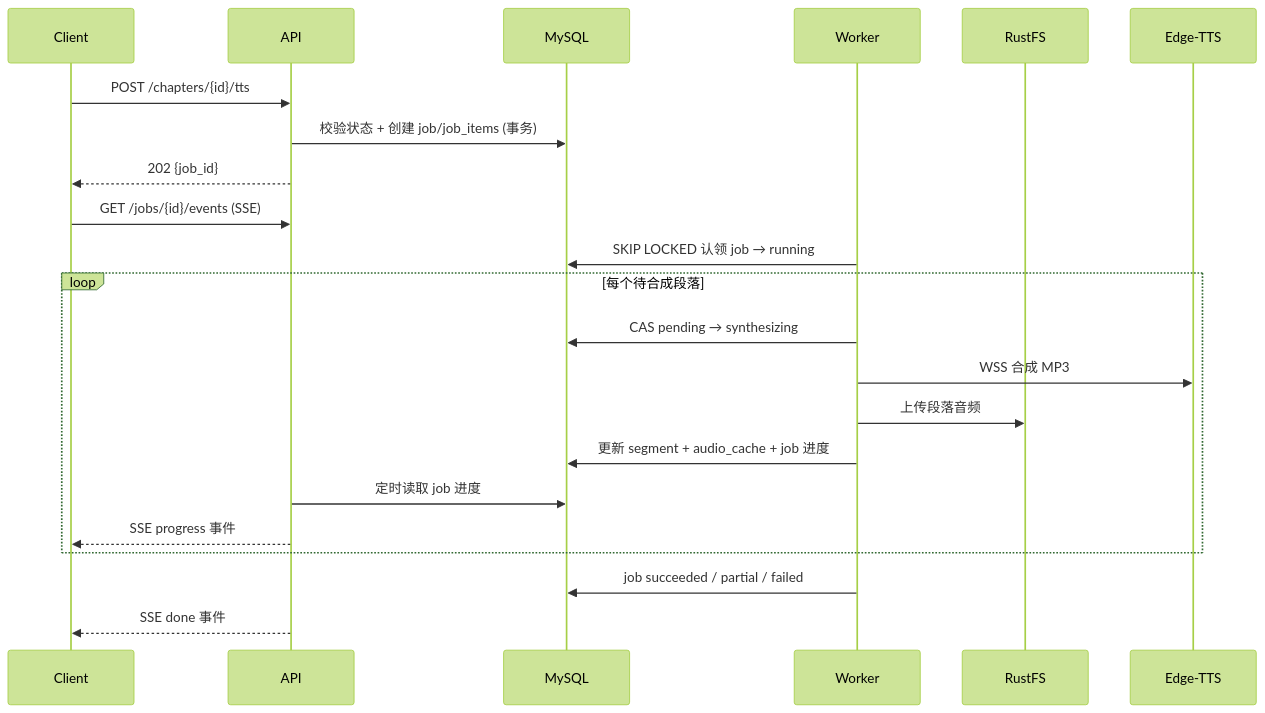
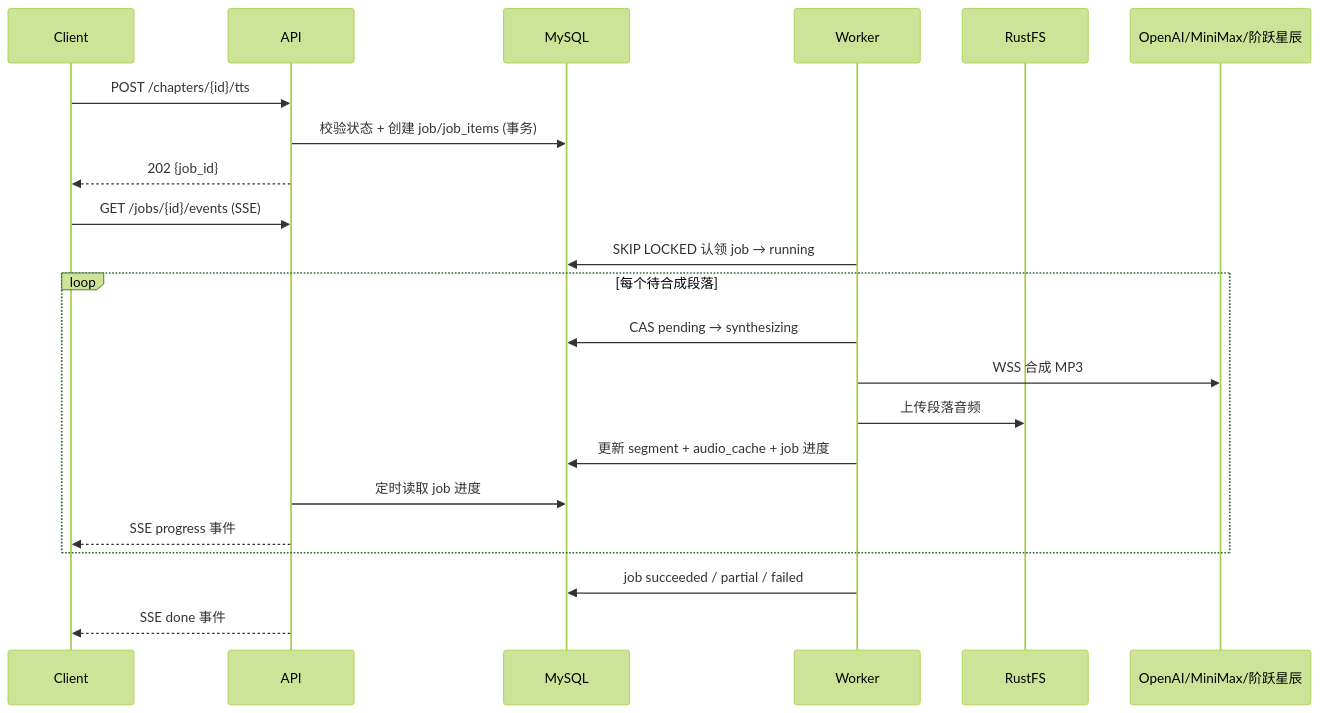
One commit to CherryKingOne/Studio changed the second of 2 diagrams in docs/02-architecture.md. Above: the diagram before and after it, drawn with Mermaid (forest theme). The commit also changed other lines of this file and 41 other files, not shown here.

````diff
--- a/docs/02-architecture.md
+++ b/docs/02-architecture.md
@@ -88,24 +88,24 @@
 ```mermaid
 sequenceDiagram
     participant C as Client
     participant A as API
     participant D as MySQL
     participant W as Worker
     participant S as RustFS
-    participant T as Edge-TTS
+    participant T as OpenAI/MiniMax/阶跃星辰
     C->>A: POST /chapters/{id}/tts
     A->>D: 校验状态 + 创建 job/job_items (事务)
     A-->>C: 202 {job_id}
     C->>A: GET /jobs/{id}/events (SSE)
     W->>D: SKIP LOCKED 认领 job → running
     loop 每个待合成段落
         W->>D: CAS pending → synthesizing
         W->>T: WSS 合成 MP3
         W->>S: 上传段落音频
         W->>D: 更新 segment + audio_cache + job 进度
         A->>D: 定时读取 job 进度
         A-->>C: SSE progress 事件
     end
     W->>D: job succeeded / partial / failed
     A-->>C: SSE done 事件
 ```
````
